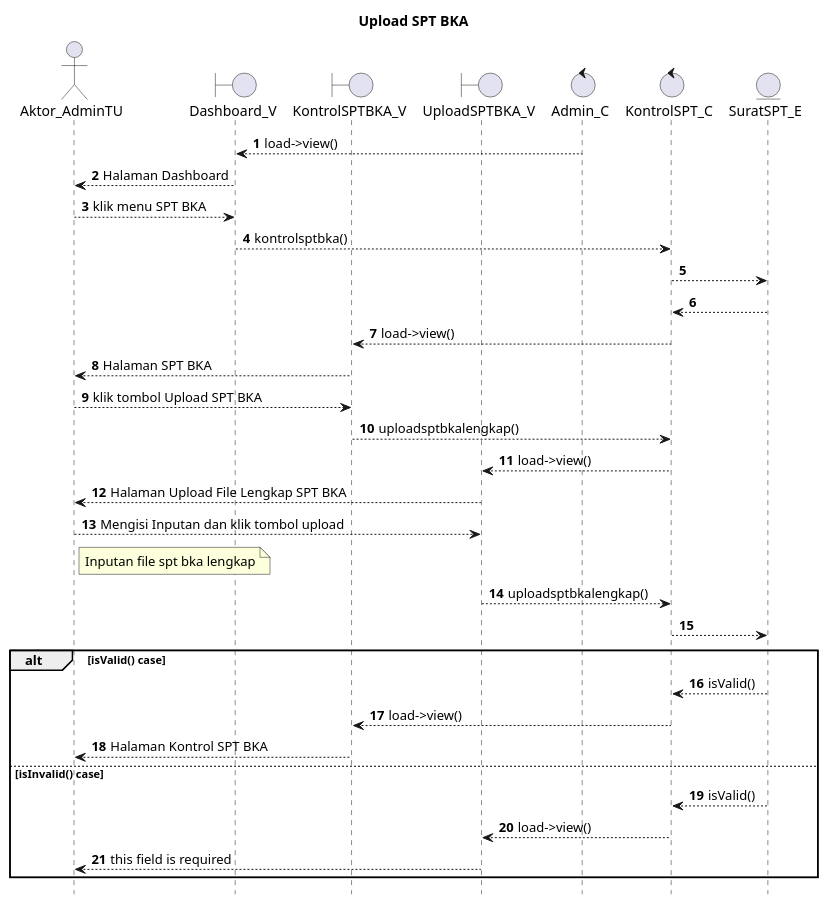
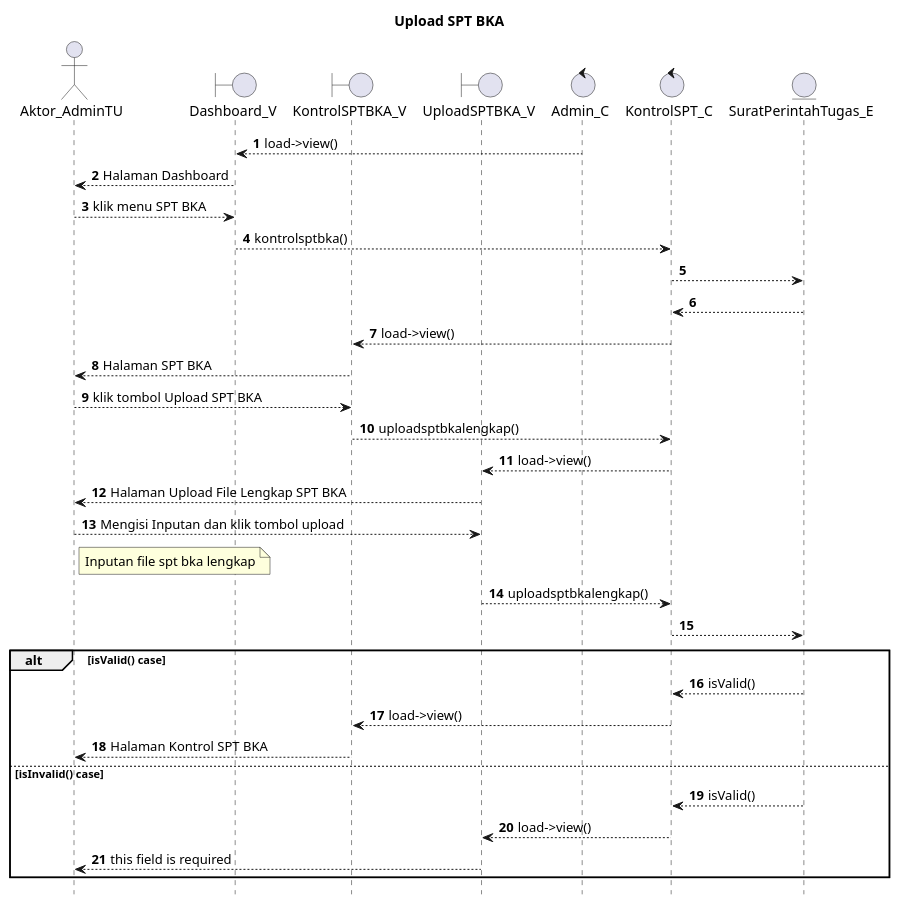
One commit to kurniado729/sistem_kp changed the diagram in UML/admin tu/UploadSPTBKA.puml. Above: the diagram before and after it, drawn with PlantUML. The commit also changed 44 other files, not shown here.

Commit message:
uml pemberitahuan

```diff
--- a/UML/admin tu/UploadSPTBKA.puml
+++ b/UML/admin tu/UploadSPTBKA.puml
@@ -1,50 +1,50 @@
 @startuml
 
 autonumber
 hide footbox
 title Upload SPT BKA
 
 Actor Aktor_AdminTU
 boundary Dashboard_V
 boundary KontrolSPTBKA_V
 boundary UploadSPTBKA_V
 control Admin_C
 control KontrolSPT_C
-Entity SuratSPT_E
+Entity SuratPerintahTugas_E
 
 Admin_C --> Dashboard_V: load->view()
 Dashboard_V --> Aktor_AdminTU: Halaman Dashboard
 Aktor_AdminTU --> Dashboard_V: klik menu SPT BKA
 Dashboard_V --> KontrolSPT_C: kontrolsptbka()
-KontrolSPT_C --> SuratSPT_E:
+KontrolSPT_C --> SuratPerintahTugas_E:
     
-    SuratSPT_E --> KontrolSPT_C:
+    SuratPerintahTugas_E --> KontrolSPT_C:
     KontrolSPT_C --> KontrolSPTBKA_V: load->view()
     KontrolSPTBKA_V --> Aktor_AdminTU: Halaman SPT BKA
 
 Aktor_AdminTU --> KontrolSPTBKA_V: klik tombol Upload SPT BKA
 KontrolSPTBKA_V --> KontrolSPT_C: uploadsptbkalengkap()
 KontrolSPT_C --> UploadSPTBKA_V: load->view()
 UploadSPTBKA_V --> Aktor_AdminTU: Halaman Upload File Lengkap SPT BKA
 
 Aktor_AdminTU --> UploadSPTBKA_V: Mengisi Inputan dan klik tombol upload
     note right of Aktor_AdminTU
         Inputan file spt bka lengkap
             end note
 UploadSPTBKA_V --> KontrolSPT_C: uploadsptbkalengkap()
-KontrolSPT_C --> SuratSPT_E:
+KontrolSPT_C --> SuratPerintahTugas_E:
 
 alt isValid() case
     
-    SuratSPT_E --> KontrolSPT_C: isValid()
+    SuratPerintahTugas_E --> KontrolSPT_C: isValid()
     KontrolSPT_C --> KontrolSPTBKA_V: load->view()
     KontrolSPTBKA_V --> Aktor_AdminTU: Halaman Kontrol SPT BKA
 
 else isInvalid() case
     
-    SuratSPT_E --> KontrolSPT_C: isValid()
+    SuratPerintahTugas_E --> KontrolSPT_C: isValid()
     KontrolSPT_C --> UploadSPTBKA_V: load->view()
     UploadSPTBKA_V --> Aktor_AdminTU: this field is required
 
 end
 @enduml
```
